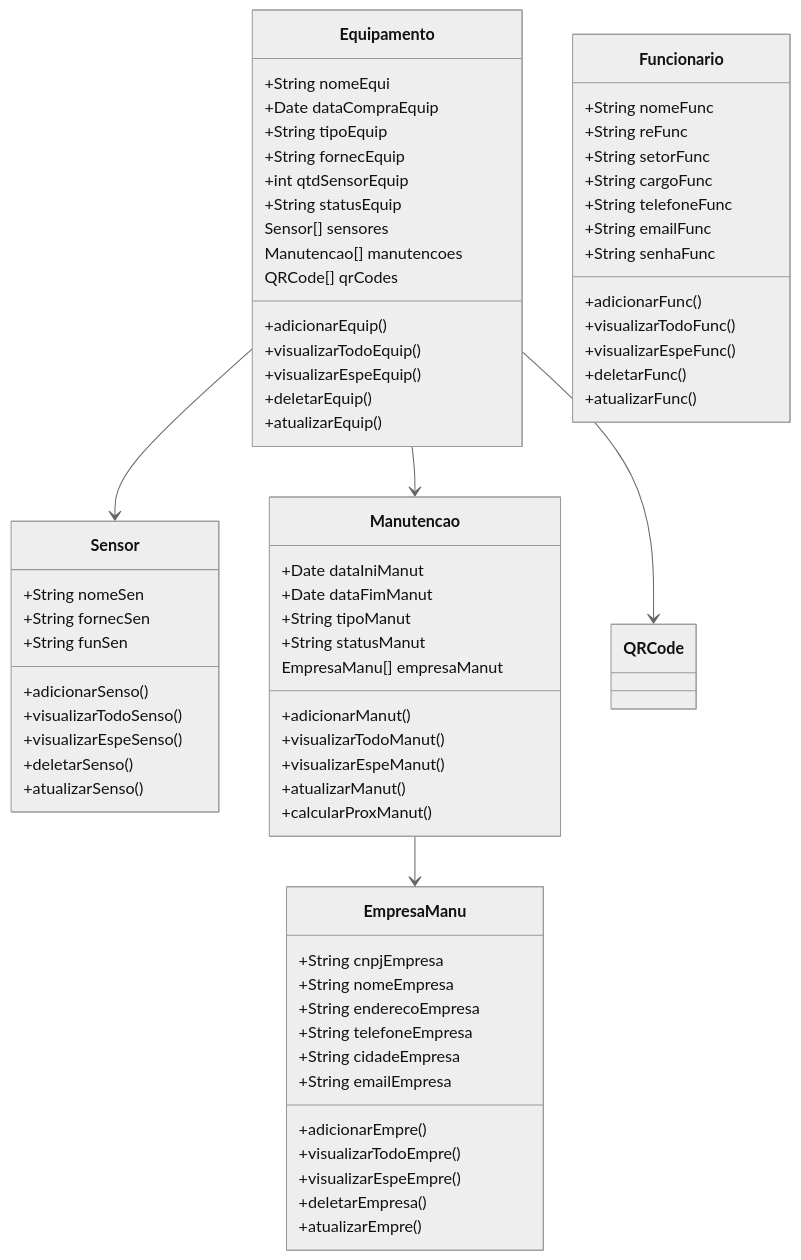
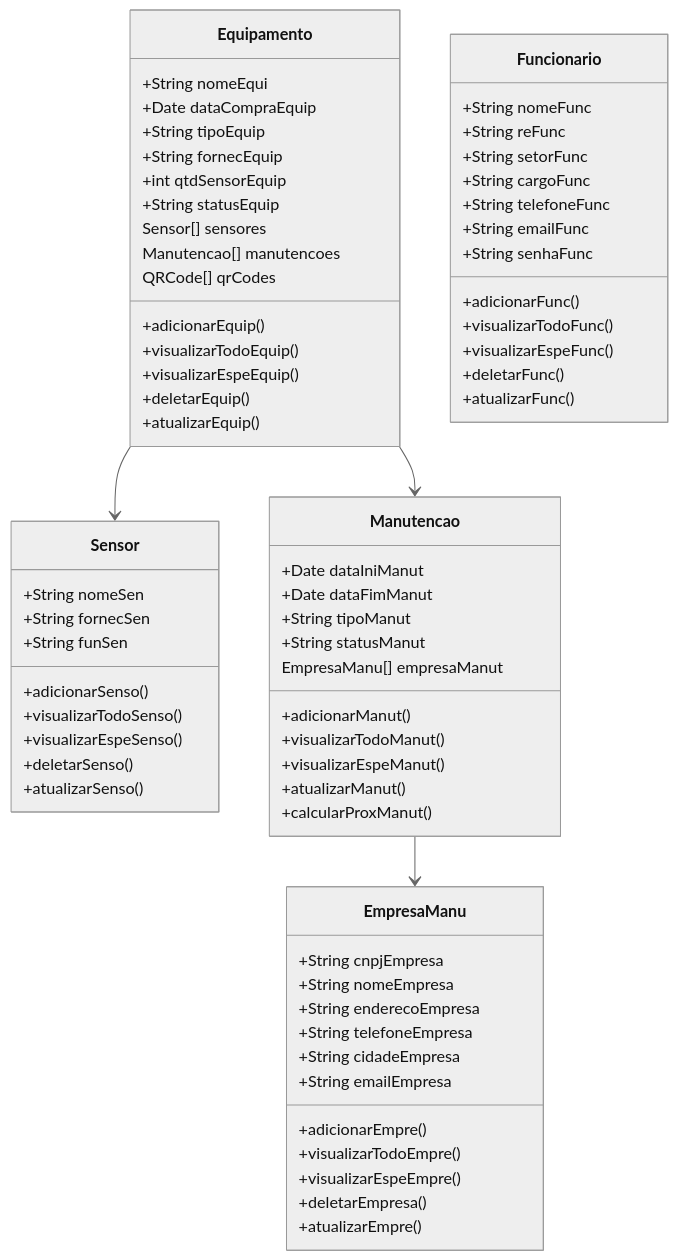
One commit to Hunter7210/Projects_Java changed the diagram in maintenance_and_equipment_control_system/README.md. Above: the diagram before and after it, drawn with Mermaid (neutral theme).

Commit message:
UP Documentation

````diff
--- a/maintenance_and_equipment_control_system/README.md
+++ b/maintenance_and_equipment_control_system/README.md
@@ -166,5 +166,4 @@
     Equipamento --> Sensor
     Equipamento --> Manutencao
     Manutencao --> EmpresaManu
-    Equipamento --> QRCode
 ```
````
